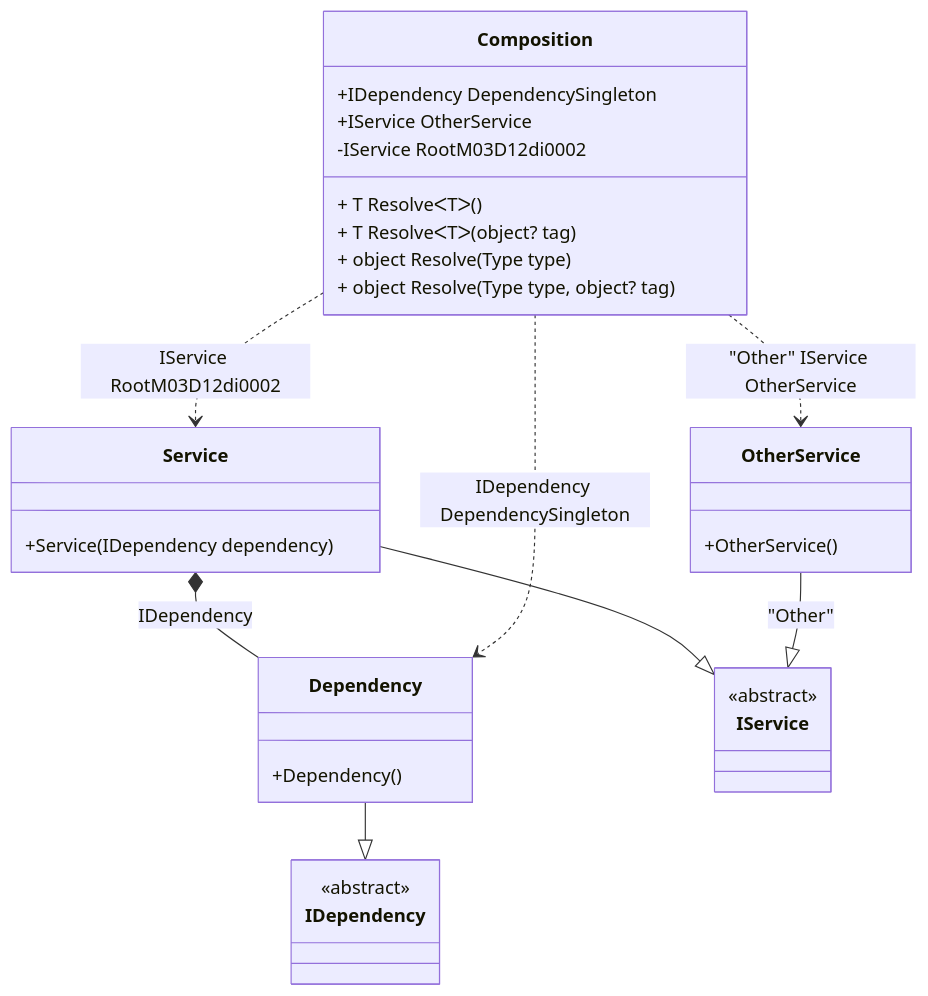
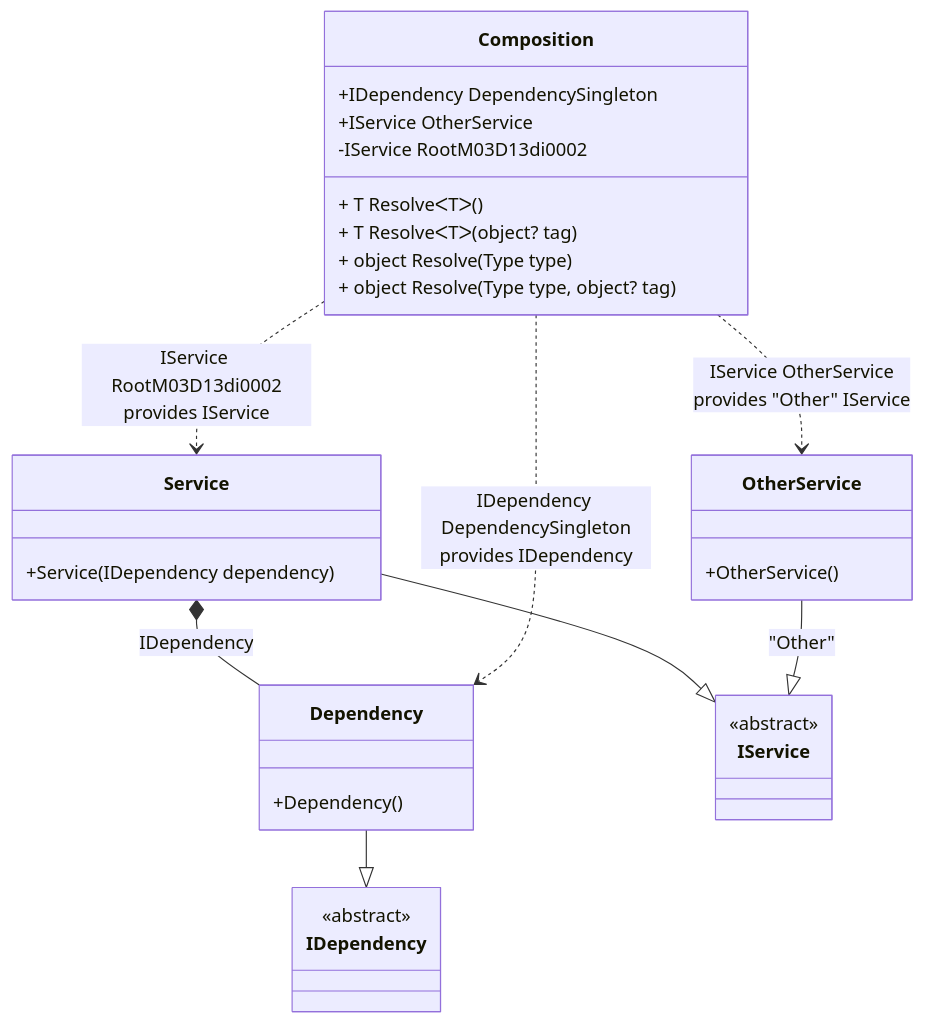
One commit to DevTeam/Pure.DI changed the diagram in readme/resolve-methods.md. Above: the diagram before and after it, drawn with Mermaid. The commit also changed other lines of this file and 73 other files, not shown here.

````diff
--- a/readme/resolve-methods.md
+++ b/readme/resolve-methods.md
@@ -45,34 +45,34 @@
 ```mermaid
 classDiagram
   class Composition {
     +IDependency DependencySingleton
     +IService OtherService
-    -IService RootM03D12di0002
+    -IService RootM03D13di0002
     + T ResolveᐸTᐳ()
     + T ResolveᐸTᐳ(object? tag)
     + object Resolve(Type type)
     + object Resolve(Type type, object? tag)
   }
   Dependency --|> IDependency : 
   class Dependency {
     +Dependency()
   }
   Service --|> IService : 
   class Service {
     +Service(IDependency dependency)
   }
   OtherService --|> IService : "Other" 
   class OtherService {
     +OtherService()
   }
   class IDependency {
     <<abstract>>
   }
   class IService {
     <<abstract>>
   }
   Service *--  Dependency : IDependency
-  Composition ..> Dependency : IDependency DependencySingleton
-  Composition ..> Service : IService RootM03D12di0002
-  Composition ..> OtherService : "Other" IService OtherService
+  Composition ..> Dependency : IDependency DependencySingleton<br/>provides IDependency
+  Composition ..> Service : IService RootM03D13di0002<br/>provides IService
+  Composition ..> OtherService : IService OtherService<br/>provides "Other" IService
 ```
````
